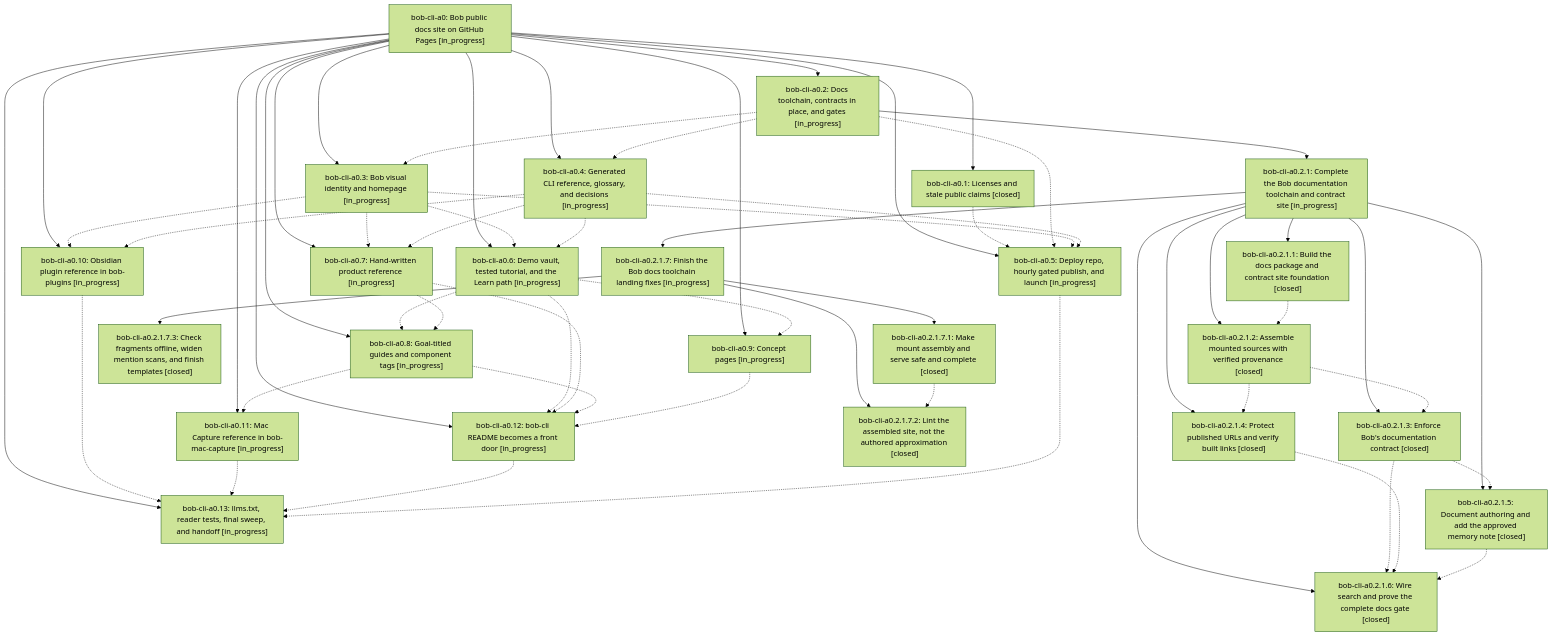
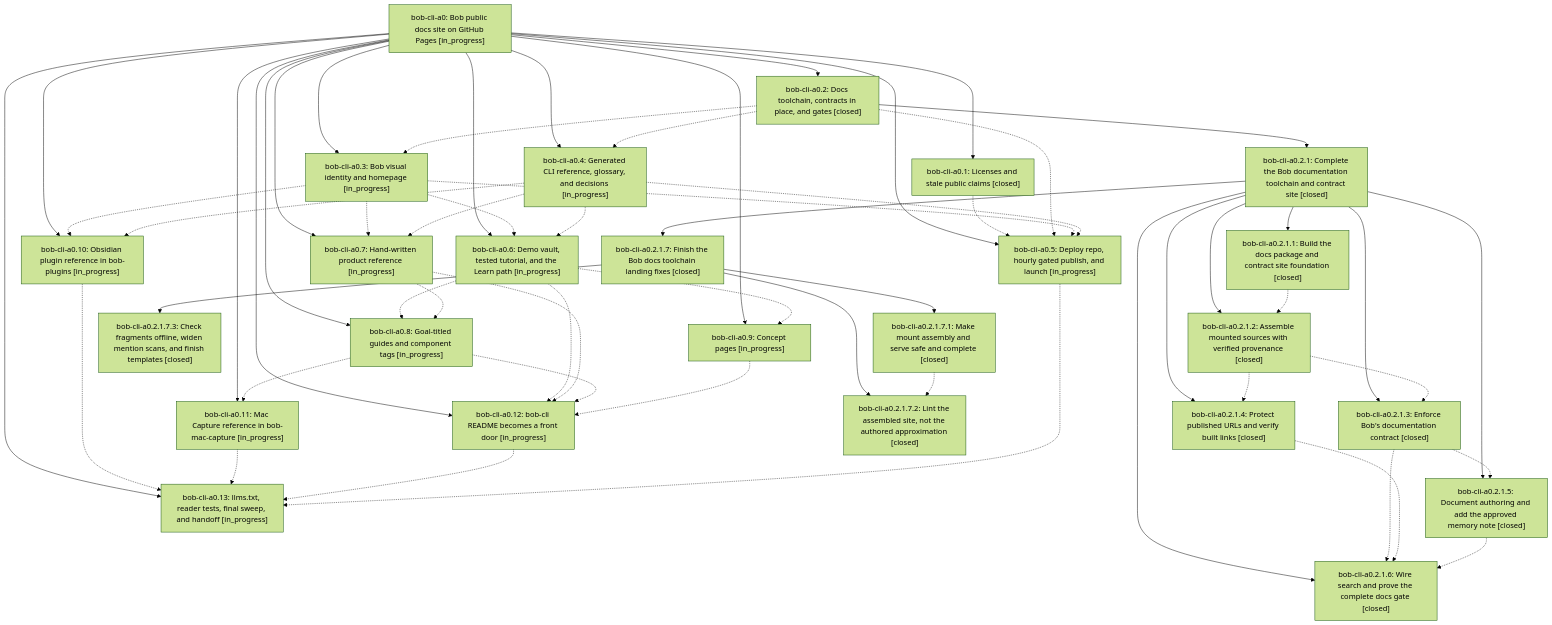
One commit to bobs-org/bob-cli--beads changed the diagram in pages/bob-cli-a0/README.md. Above: the diagram before and after it, drawn with Mermaid (forest theme). The commit also changed other lines of this file and 7 other files, not shown here.

First line of the commit message:
chore(beads): sync bead state and pages for bob-cli-a0

```diff
--- a/pages/bob-cli-a0/README.md
+++ b/pages/bob-cli-a0/README.md
@@ -55,15 +57,15 @@
     n3["bob-cli-a0.11: Mac Capture reference in bob-mac-capture [in_progress]"]
     n4["bob-cli-a0.12: bob-cli README becomes a front door [in_progress]"]
     n5["bob-cli-a0.13: llms.txt, reader tests, final sweep, and handoff [in_progress]"]
-    n6["bob-cli-a0.2: Docs toolchain, contracts in place, and gates [in_progress]"]
-    n7["bob-cli-a0.2.1: Complete the Bob documentation toolchain and contract site [in_progress]"]
+    n6["bob-cli-a0.2: Docs toolchain, contracts in place, and gates [closed]"]
+    n7["bob-cli-a0.2.1: Complete the Bob documentation toolchain and contract site [closed]"]
     n8["bob-cli-a0.2.1.1: Build the docs package and contract site foundation [closed]"]
     n9["bob-cli-a0.2.1.2: Assemble mounted sources with verified provenance [closed]"]
     n10["bob-cli-a0.2.1.3: Enforce Bob's documentation contract [closed]"]
     n11["bob-cli-a0.2.1.4: Protect published URLs and verify built links [closed]"]
     n12["bob-cli-a0.2.1.5: Document authoring and add the approved memory note [closed]"]
     n13["bob-cli-a0.2.1.6: Wire search and prove the complete docs gate [closed]"]
-    n14["bob-cli-a0.2.1.7: Finish the Bob docs toolchain landing fixes [in_progress]"]
+    n14["bob-cli-a0.2.1.7: Finish the Bob docs toolchain landing fixes [closed]"]
     n15["bob-cli-a0.2.1.7.1: Make mount assembly and serve safe and complete [closed]"]
     n16["bob-cli-a0.2.1.7.2: Lint the assembled site, not the authored approximation [closed]"]
     n17["bob-cli-a0.2.1.7.3: Check fragments offline, widen mention scans, and finish templates [closed]"]
```
